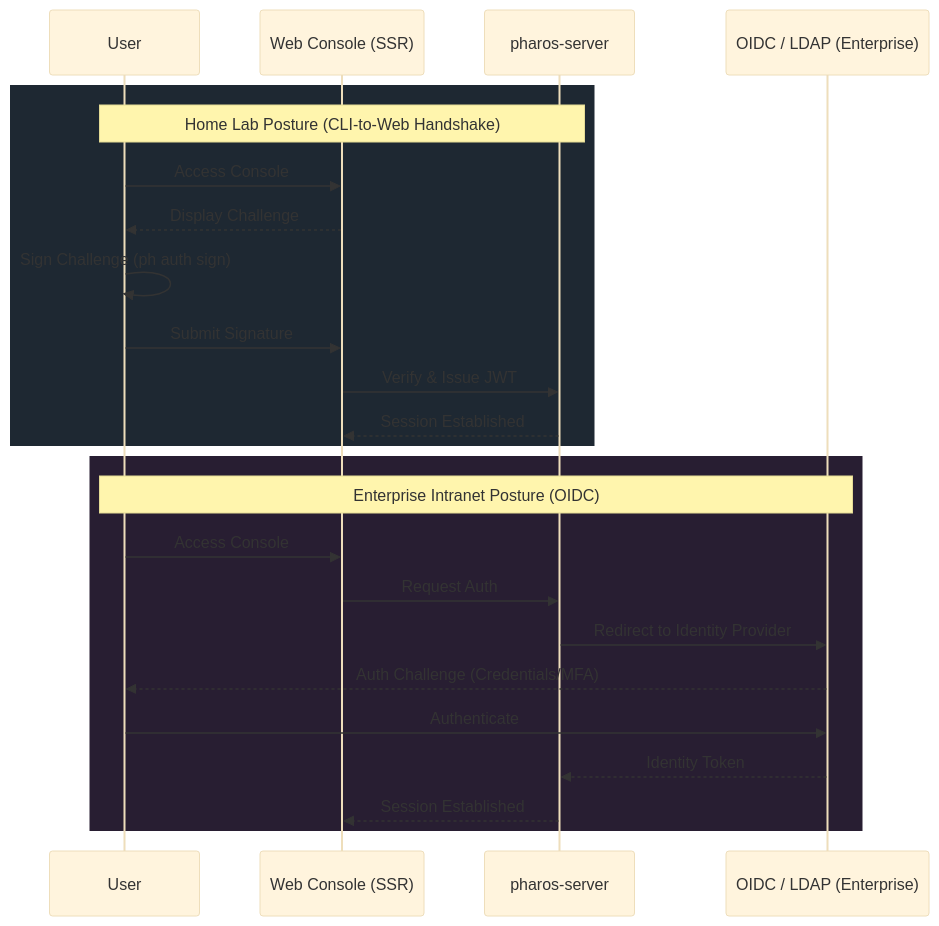
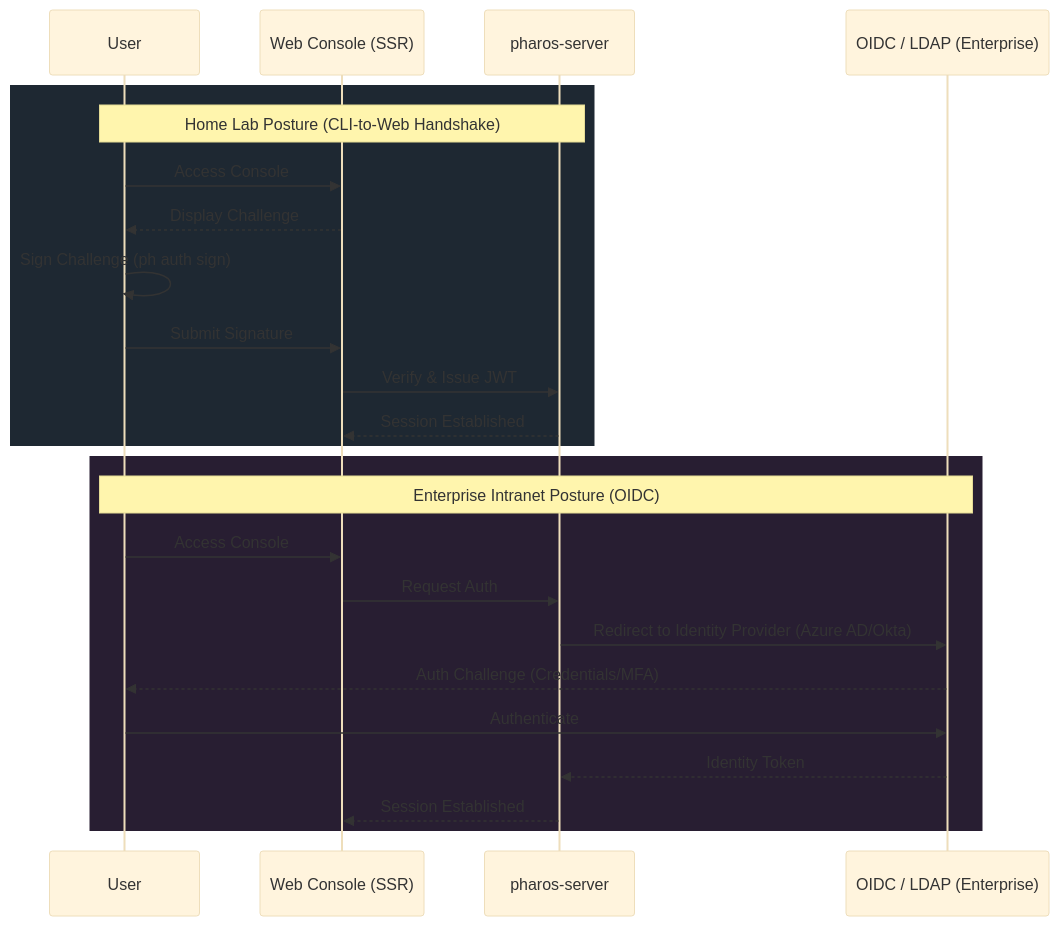
One commit to iamrichardD/pharos changed the diagram in artifacts/pharos-web-console-plan.md. Above: the diagram before and after it, drawn with Mermaid (base theme). The commit also changed other lines of this file and 7 other files, not shown here.

````diff
--- a/artifacts/pharos-web-console-plan.md
+++ b/artifacts/pharos-web-console-plan.md
@@ -35,28 +35,28 @@
 ```mermaid
 sequenceDiagram
     participant User
     participant Browser as Web Console (SSR)
     participant Server as pharos-server
     participant IdP as OIDC / LDAP (Enterprise)
 
     rect rgb(30, 40, 50)
     Note over User, Server: Home Lab Posture (CLI-to-Web Handshake)
     User->>Browser: Access Console
     Browser-->>User: Display Challenge
     User->>User: Sign Challenge (ph auth sign)
     User->>Browser: Submit Signature
     Browser->>Server: Verify & Issue JWT
     Server-->>Browser: Session Established
     end
     
     rect rgb(40, 30, 50)
     Note over User, IdP: Enterprise Intranet Posture (OIDC)
     User->>Browser: Access Console
     Browser->>Server: Request Auth
-    Server->>IdP: Redirect to Identity Provider
+    Server->>IdP: Redirect to Identity Provider (Azure AD/Okta)
     IdP-->>User: Auth Challenge (Credentials/MFA)
     User->>IdP: Authenticate
     IdP-->>Server: Identity Token
     Server-->>Browser: Session Established
     end
 ```
````
